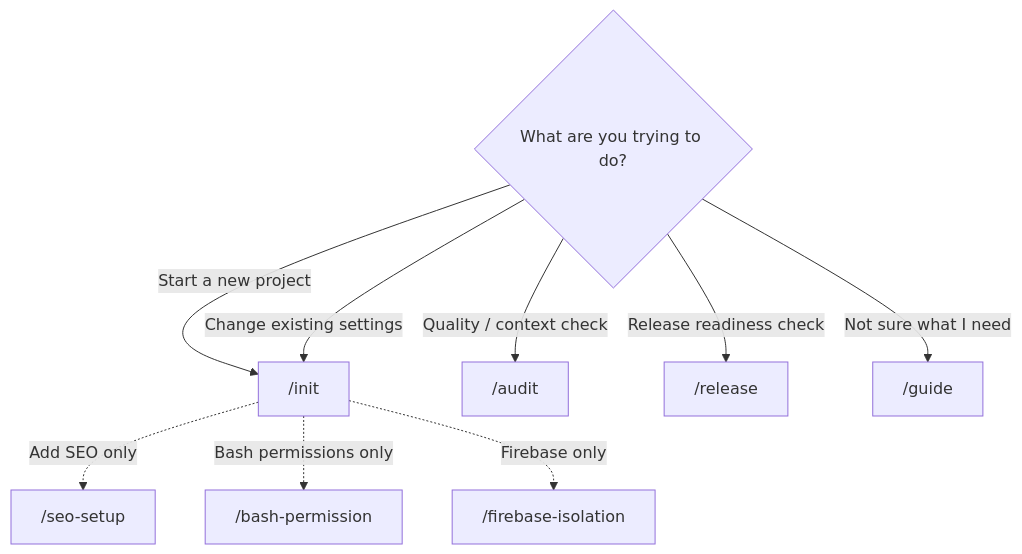
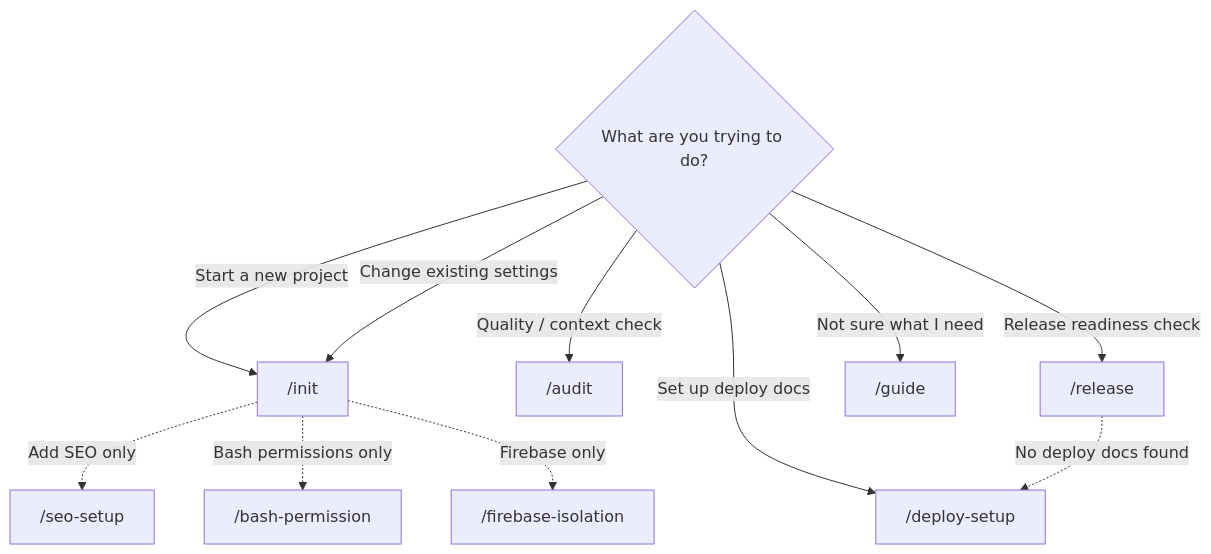
Before and after one commit to seungjaeyuu/claude-project-bootstrap: the first of 3 diagrams in README.en.md, drawn with Mermaid. The commit also changed other lines of this file and 6 other files, not shown here.

First line of the commit message:
feat(deploy-setup): add deployment doc chain scaffold command + /release integration

````diff
--- a/README.en.md
+++ b/README.en.md
@@ -49,12 +49,14 @@
 ```mermaid
 flowchart TD
     START{"What are you trying to do?"}
     START -->|"Start a new project"| INIT["/init"]
     START -->|"Change existing settings"| INIT
     START -->|"Quality / context check"| AUDIT["/audit"]
     START -->|"Release readiness check"| RELEASE["/release"]
+    START -->|"Set up deploy docs"| DEPLOY["/deploy-setup"]
     START -->|"Not sure what I need"| GUIDE["/guide"]
+    RELEASE -.->|"No deploy docs found"| DEPLOY
     INIT -.->|"Add SEO only"| SEO["/seo-setup"]
     INIT -.->|"Bash permissions only"| BASH["/bash-permission"]
     INIT -.->|"Firebase only"| FIREBASE["/firebase-isolation"]
 ```
````
